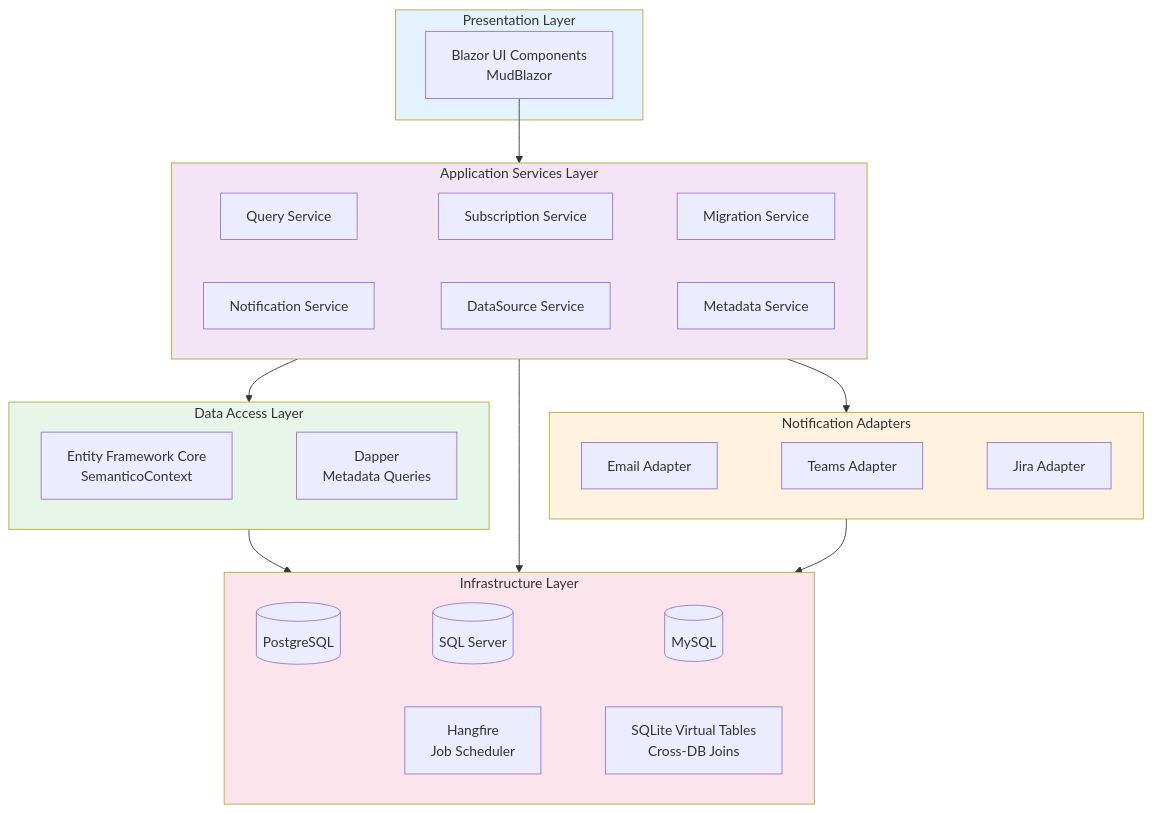
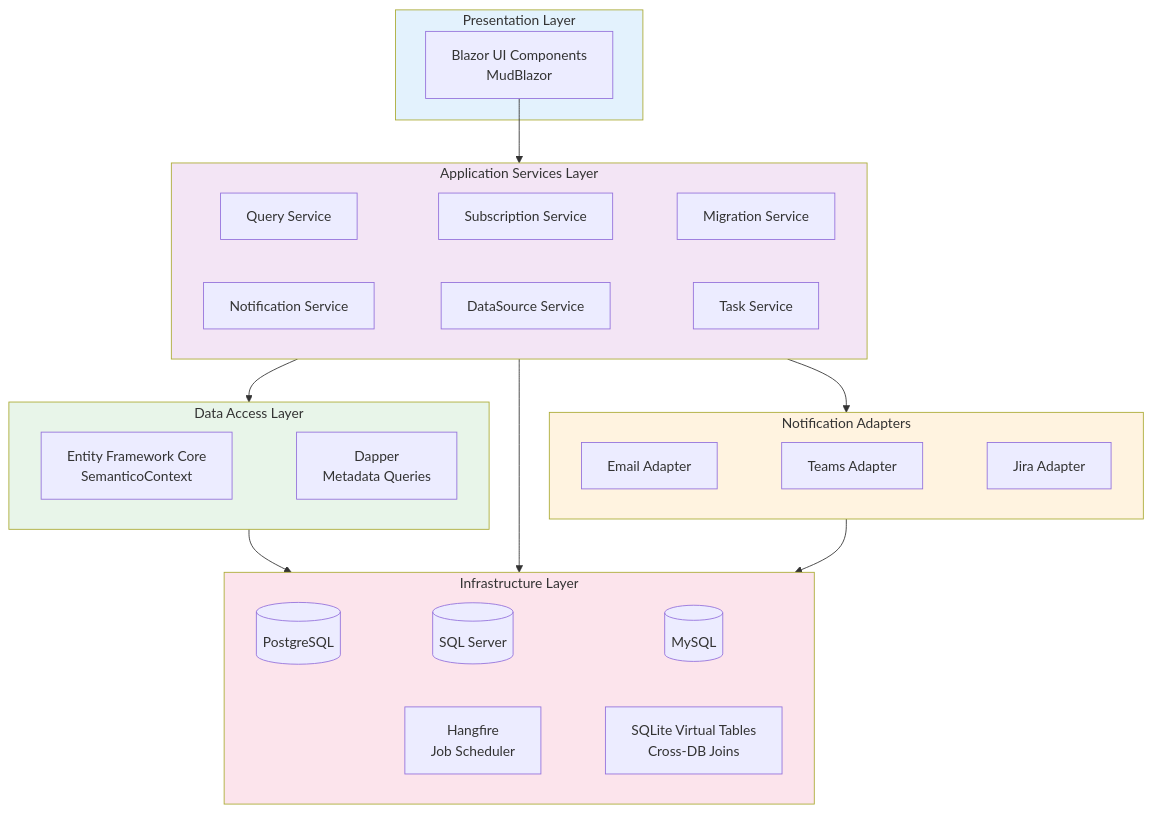
Before and after one commit to moberghr/beacon: the first of 3 diagrams in README.md, drawn with Mermaid. The commit also changed other lines of this file and 65 other files, not shown here.

````diff
--- a/README.md
+++ b/README.md
@@ -68,37 +71,37 @@
 ```mermaid
 graph TB
     subgraph UI["Presentation Layer"]
         BlazorUI[Blazor UI Components<br/>MudBlazor]
     end
 
     subgraph Core["Application Services Layer"]
         QuerySvc[Query Service] ~~~ SubSvc[Subscription Service] ~~~ MigSvc[Migration Service]
-        NotifSvc[Notification Service] ~~~ DataSrcSvc[DataSource Service] ~~~ MetaSvc[Metadata Service]
+        NotifSvc[Notification Service] ~~~ DataSrcSvc[DataSource Service] ~~~ TaskSvc[Task Service]
     end
 
     subgraph Adapters["Notification Adapters"]
         EmailAdapter[Email Adapter] ~~~ TeamsAdapter[Teams Adapter] ~~~ JiraAdapter[Jira Adapter]
     end
 
     subgraph Data["Data Access Layer"]
         EFCore[Entity Framework Core<br/>SemanticoContext] ~~~ Dapper[Dapper<br/>Metadata Queries]
     end
 
     subgraph Infrastructure["Infrastructure Layer"]
         PgSQL[(PostgreSQL)] ~~~ MSSQL[(SQL Server)] ~~~ MySQL[(MySQL)]
         Hangfire[Hangfire<br/>Job Scheduler] ~~~ SQLiteVM[SQLite Virtual Tables<br/>Cross-DB Joins]
     end
 
     BlazorUI --> Core
     Core --> Adapters
     Core --> Data
     Data --> Infrastructure
     Core --> Infrastructure
     Adapters --> Infrastructure
 
     style UI fill:#e3f2fd
     style Core fill:#f3e5f5
     style Adapters fill:#fff3e0
     style Data fill:#e8f5e9
     style Infrastructure fill:#fce4ec
 ```
````
